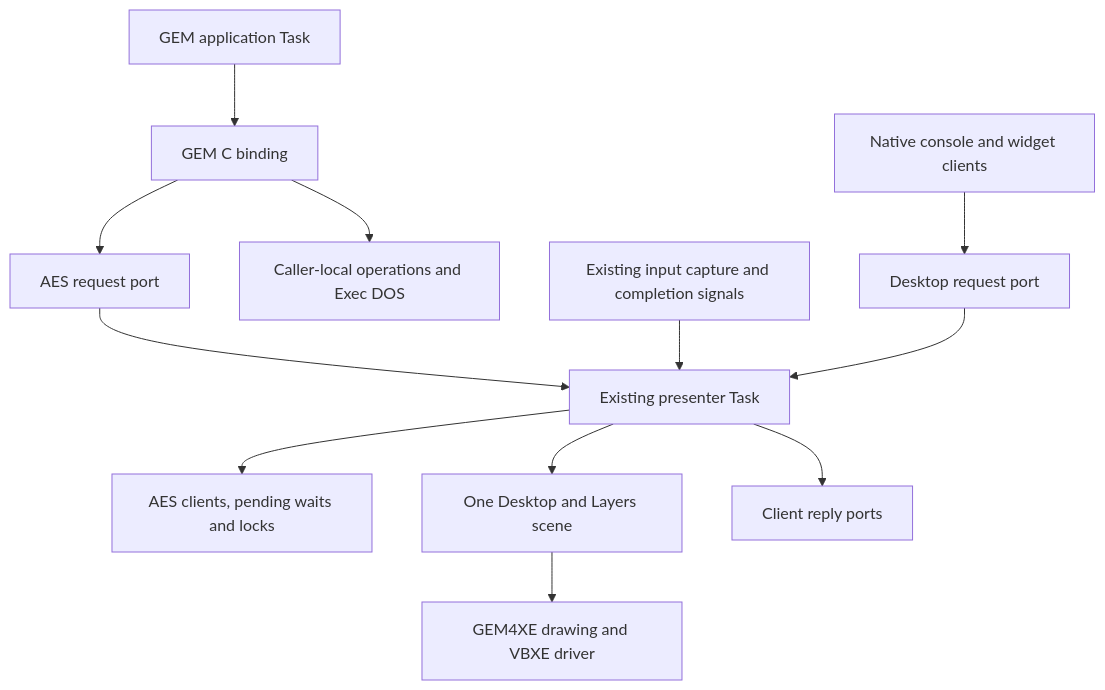
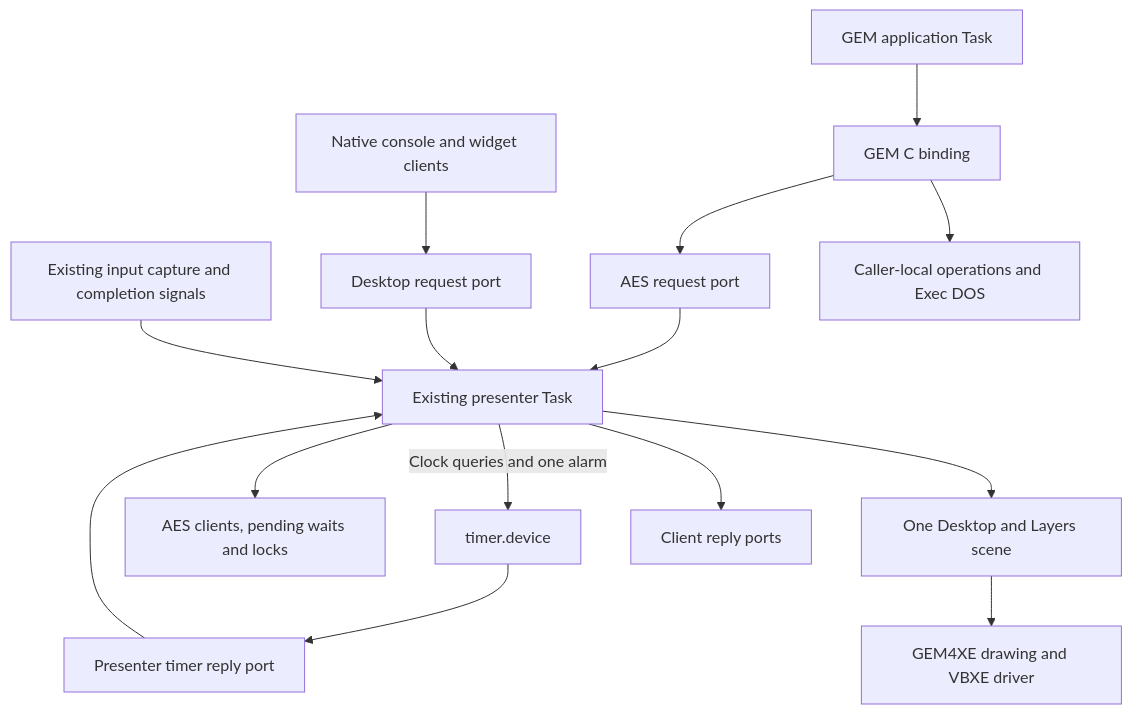
Before and after one commit to mkur/exec816: the diagram in docs/plans/gem4xe/aes-server-design.md, drawn with Mermaid. The commit also changed other lines of this file and 20 other files, not shown here.

````diff
--- a/docs/plans/gem4xe/aes-server-design.md
+++ b/docs/plans/gem4xe/aes-server-design.md
@@ -35,14 +50,17 @@
 ```mermaid
 flowchart TD
     App[GEM application Task] --> Binding[GEM C binding]
     Binding --> Port[AES request port]
     Native[Native console and widget clients] --> Desktop[Desktop request port]
     Port --> Owner[Existing presenter Task]
     Desktop --> Owner
     Input[Existing input capture and completion signals] --> Owner
+    Owner -->|Clock queries and one alarm| Timer[timer.device]
+    Timer --> TimerReplies[Presenter timer reply port]
+    TimerReplies --> Owner
     Owner --> State[AES clients, pending waits and locks]
     Owner --> Scene[One Desktop and Layers scene]
     Scene --> Draw[GEM4XE drawing and VBXE driver]
     Owner --> Replies[Client reply ports]
     Binding --> Local[Caller-local operations and Exec DOS]
 ```
````
